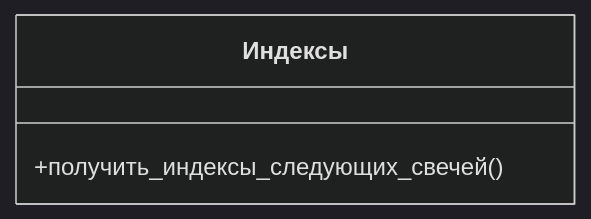
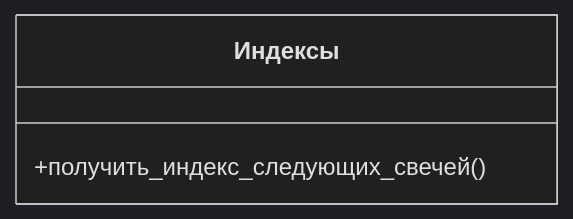
Before and after one commit to Marat22/MiriadRobotDocs: diagram 12 of 19 in robot-logic.md, drawn with Mermaid (dark theme). The commit also changed other lines of this file, not shown here.

Commit message:
Написал про индексы более подробно

````diff
--- a/robot-logic.md
+++ b/robot-logic.md
@@ -341,6 +347,6 @@
 ```mermaid
 classDiagram
   class Индексы{
-    +получить_индексы_следующих_свечей()
+    +получить_индекс_следующих_свечей()
   }
 ```
````
